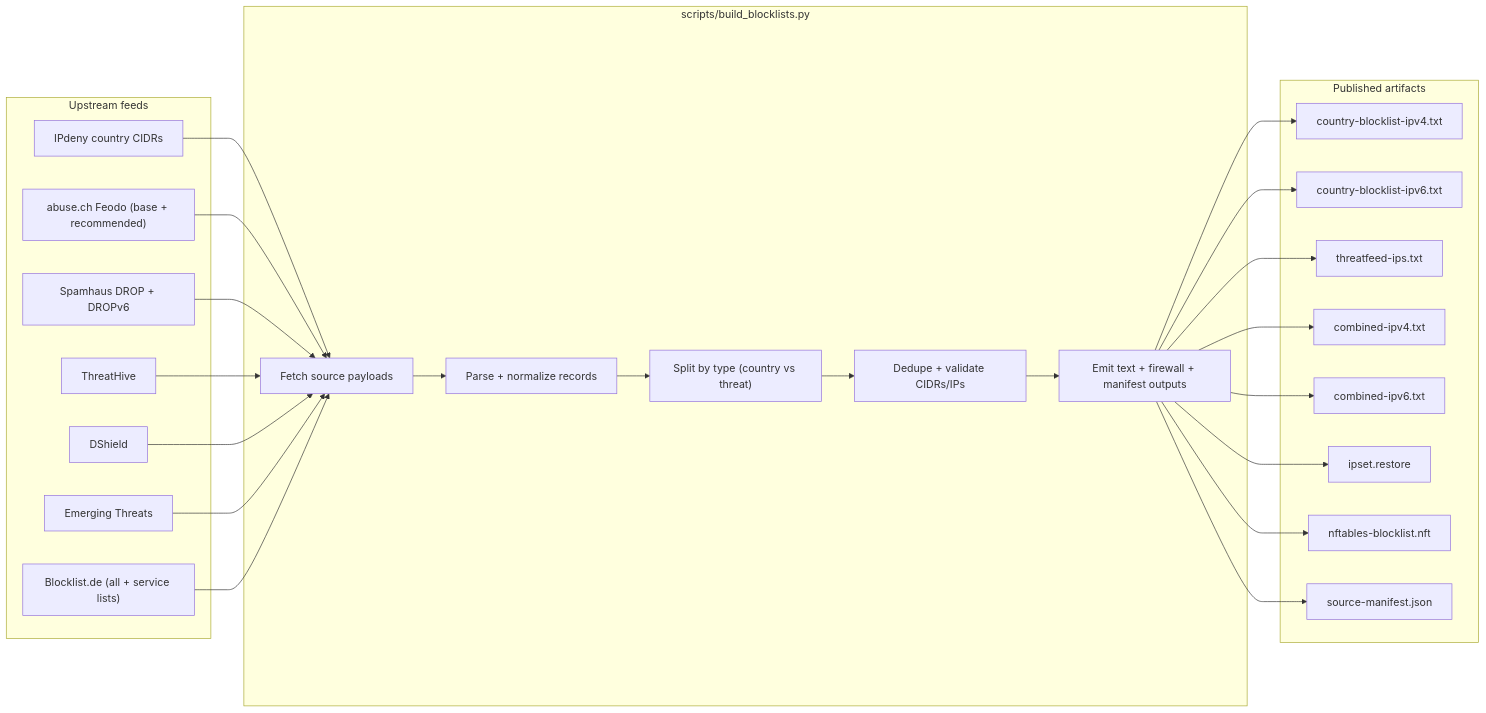
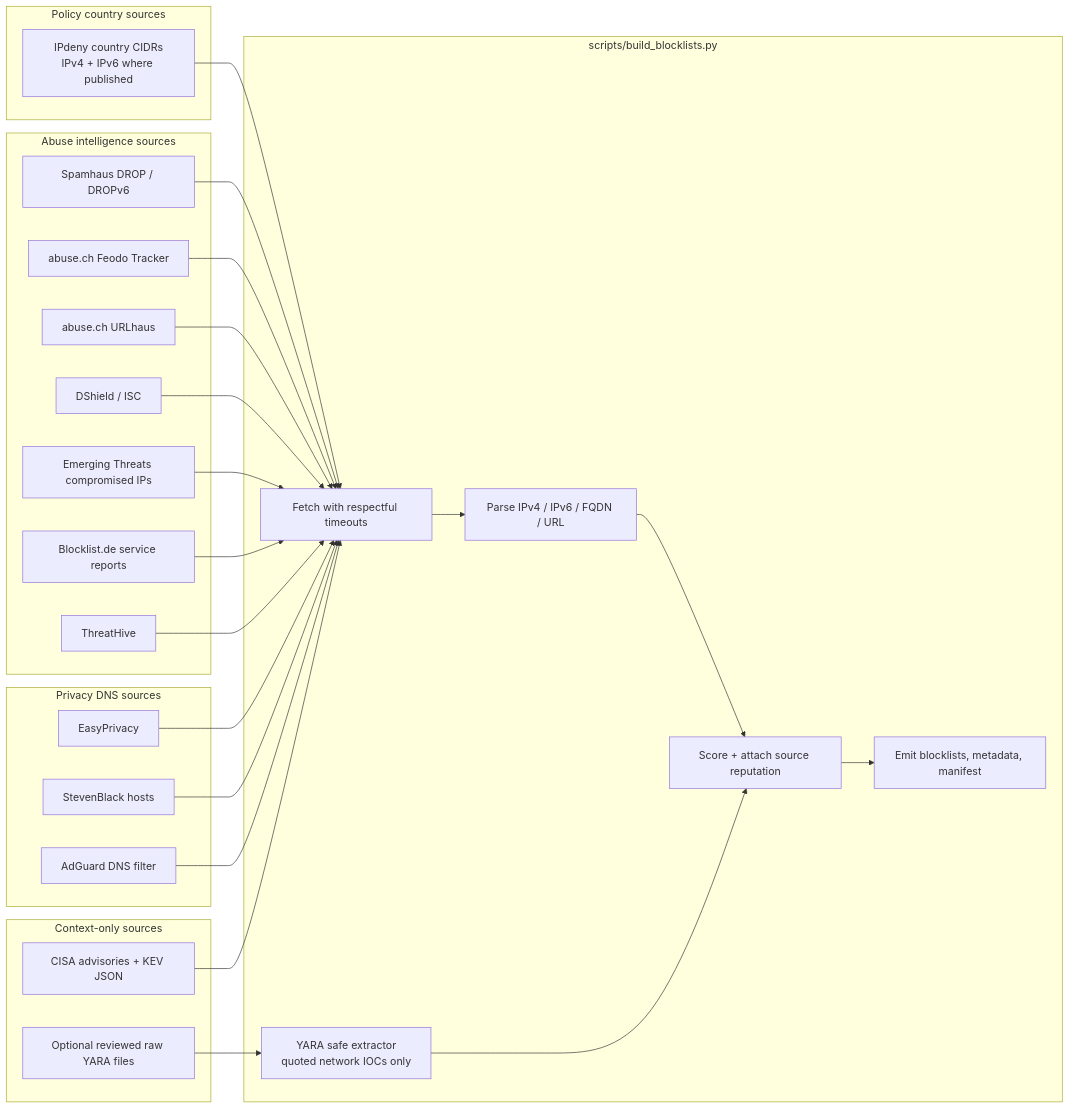
One commit to Ununp3ntium115/AbuseBlacklist changed the first of 3 diagrams in README.md. Above: the diagram before and after it, drawn with Mermaid. The commit also changed other lines of this file and 29 other files, not shown here.

Commit message:
Add scored abuse distillation outputs

````diff
--- a/README.md
+++ b/README.md
@@ -33,49 +88,51 @@
 ```mermaid
 flowchart LR
-  subgraph upstream["Upstream feeds"]
-    ipdeny["IPdeny country CIDRs"]
-    feodo["abuse.ch Feodo (base + recommended)"]
-    spamhaus["Spamhaus DROP + DROPv6"]
-    threathive["ThreatHive"]
-    dshield["DShield"]
-    et["Emerging Threats"]
-    blde["Blocklist.de (all + service lists)"]
+  subgraph policy["Policy country sources"]
+    ipdeny["IPdeny country CIDRs\nIPv4 + IPv6 where published"]
   end
 
-  subgraph build["scripts/build_blocklists.py"]
-    fetch["Fetch source payloads"]
-    parse["Parse + normalize records"]
-    split["Split by type (country vs threat)"]
-    dedupe["Dedupe + validate CIDRs/IPs"]
-    emit["Emit text + firewall + manifest outputs"]
+  subgraph abuse["Abuse intelligence sources"]
+    spamhaus["Spamhaus DROP / DROPv6"]
+    feodo["abuse.ch Feodo Tracker"]
+    urlhaus["abuse.ch URLhaus"]
+    dshield["DShield / ISC"]
+    et["Emerging Threats compromised IPs"]
+    blde["Blocklist.de service reports"]
+    threathive["ThreatHive"]
   end
 
-  subgraph outputs["Published artifacts"]
-    geo4["country-blocklist-ipv4.txt"]
-    geo6["country-blocklist-ipv6.txt"]
-    tfeed["threatfeed-ips.txt"]
-    c4["combined-ipv4.txt"]
-    c6["combined-ipv6.txt"]
-    ipset["ipset.restore"]
-    nft["nftables-blocklist.nft"]
-    manifest["source-manifest.json"]
+  subgraph privacy["Privacy DNS sources"]
+    easyprivacy["EasyPrivacy"]
+    stevenblack["StevenBlack hosts"]
+    adguard["AdGuard DNS filter"]
+  end
+
+  subgraph context["Context-only sources"]
+    cisa["CISA advisories + KEV JSON"]
+    yara["Optional reviewed raw YARA files"]
+  end
+
+  subgraph builder["scripts/build_blocklists.py"]
+    fetch["Fetch with respectful timeouts"]
+    parse["Parse IPv4 / IPv6 / FQDN / URL"]
+    safe["YARA safe extractor\nquoted network IOCs only"]
+    score["Score + attach source reputation"]
+    emit["Emit blocklists, metadata, manifest"]
   end
 
   ipdeny --> fetch
+  spamhaus --> fetch
   feodo --> fetch
-  spamhaus --> fetch
-  threathive --> fetch
+  urlhaus --> fetch
   dshield --> fetch
   et --> fetch
   blde --> fetch
-
-  fetch --> parse --> split --> dedupe --> emit
-  emit --> geo4
-  emit --> geo6
-  emit --> tfeed
-  emit --> c4
-  emit --> c6
-  emit --> ipset
-  emit --> nft
-  emit --> manifest
+  threathive --> fetch
+  easyprivacy --> fetch
+  stevenblack --> fetch
+  adguard --> fetch
+  cisa --> fetch
+  yara --> safe
+  fetch --> parse --> score --> emit
+  safe --> score
 ```
````
